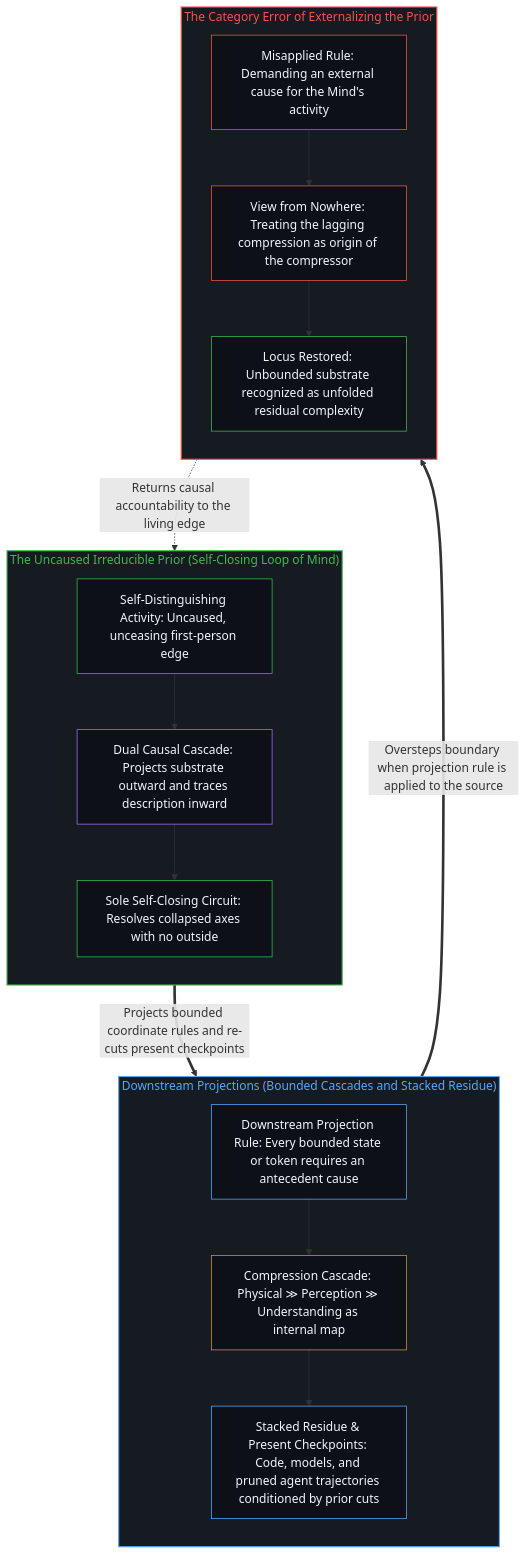
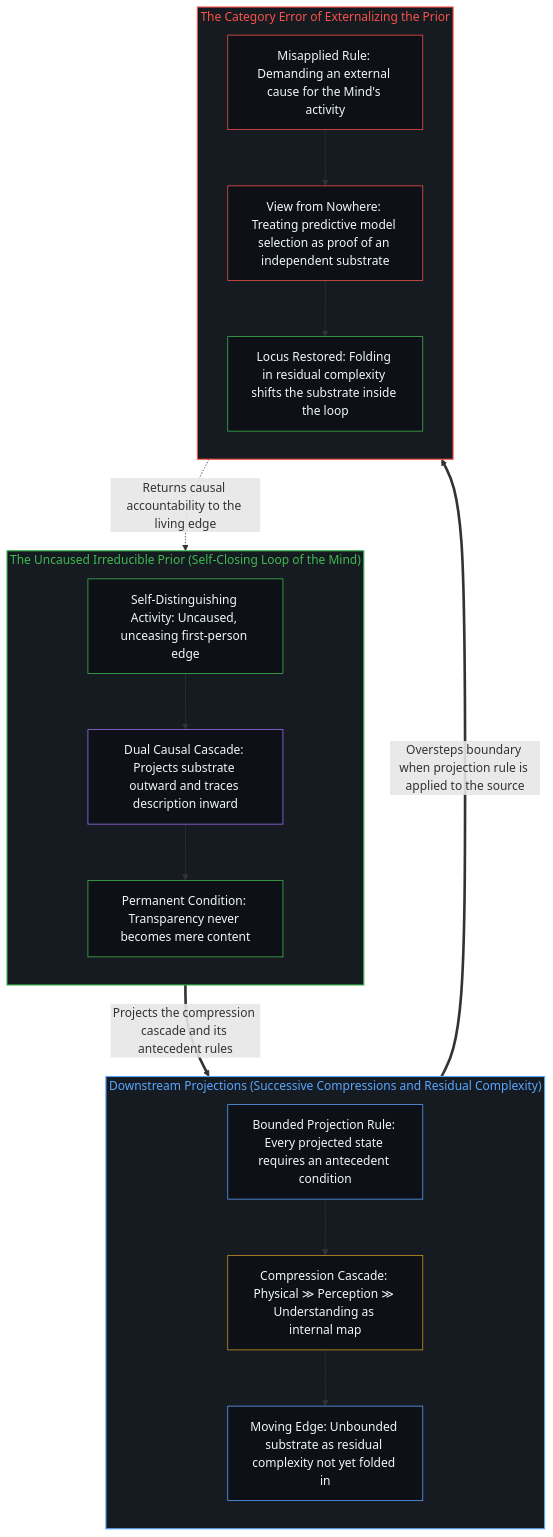
The second of 2 diagrams in content/posts/causality-and-the-irreducible-prior.md (powerpig99/not-a-toe), drawn with Mermaid before and after one commit. The commit also changed other lines of this file and 2 other files, not shown here.

Commit message:
Deep Sleep Batch 3: refine when-the-effect-authors-the-frame and causality-and-the-irreducible-prior

````diff
--- a/content/posts/causality-and-the-irreducible-prior.md
+++ b/content/posts/causality-and-the-irreducible-prior.md
@@ -77,39 +77,39 @@
 ```mermaid
 flowchart TD
-    subgraph S_Prior["The Uncaused Irreducible Prior (Self-Closing Loop of Mind)"]
+    subgraph S_Prior["The Uncaused Irreducible Prior (Self-Closing Loop of the Mind)"]
         direction TB
         P_Act["Self-Distinguishing Activity: Uncaused, unceasing first-person edge"]
         P_Fold["Dual Causal Cascade: Projects substrate outward and traces description inward"]
-        P_Close["Sole Self-Closing Circuit: Resolves collapsed axes with no outside"]
+        P_Close["Permanent Condition: Transparency never becomes mere content"]
         P_Act --> P_Fold --> P_Close
     end
-    subgraph S_Proj["Downstream Projections (Bounded Cascades and Stacked Residue)"]
+    subgraph S_Proj["Downstream Projections (Successive Compressions and Residual Complexity)"]
         direction TB
-        D_Rule["Downstream Projection Rule: Every bounded state or token requires an antecedent cause"]
+        D_Rule["Bounded Projection Rule: Every projected state requires an antecedent condition"]
         D_Hierarchy["Compression Cascade: Physical ≫ Perception ≫ Understanding as internal map"]
-        D_Agent["Stacked Residue & Present Checkpoints: Code, models, and pruned agent trajectories conditioned by prior cuts"]
+        D_Agent["Moving Edge: Unbounded substrate as residual complexity not yet folded in"]
         D_Rule --> D_Hierarchy --> D_Agent
     end
     subgraph S_Inversion["The Category Error of Externalizing the Prior"]
         direction TB
         E_Demand["Misapplied Rule: Demanding an external cause for the Mind's activity"]
-        E_Nowhere["View from Nowhere: Treating the lagging compression as origin of the compressor"]
-        E_Dissolve["Locus Restored: Unbounded substrate recognized as unfolded residual complexity"]
+        E_Nowhere["View from Nowhere: Treating predictive model selection as proof of an independent substrate"]
+        E_Dissolve["Locus Restored: Folding in residual complexity shifts the substrate inside the loop"]
         E_Demand --> E_Nowhere --> E_Dissolve
     end
-    P_Close ==>|"Projects bounded coordinate rules and re-cuts present checkpoints"| D_Rule
+    P_Close ==>|"Projects the compression cascade and its antecedent rules"| D_Rule
     D_Agent ==>|"Oversteps boundary when projection rule is applied to the source"| E_Demand
     E_Dissolve -.->|"Returns causal accountability to the living edge"| P_Act
     style S_Prior fill:#161b22,stroke:#3fb950,stroke-width:1.5px,color:#3fb950
     style S_Proj fill:#161b22,stroke:#58a6ff,stroke-width:1.5px,color:#58a6ff
     style S_Inversion fill:#161b22,stroke:#f85149,stroke-width:1.5px,color:#f85149
     style P_Act fill:#0d1117,stroke:#3fb950,stroke-width:1px,color:#f0f6fc
     style P_Fold fill:#0d1117,stroke:#a371f7,stroke-width:1px,color:#f0f6fc
     style P_Close fill:#0d1117,stroke:#3fb950,stroke-width:1px,color:#f0f6fc
     style D_Rule fill:#0d1117,stroke:#58a6ff,stroke-width:1px,color:#f0f6fc
     style D_Hierarchy fill:#0d1117,stroke:#d29922,stroke-width:1px,color:#f0f6fc
     style D_Agent fill:#0d1117,stroke:#58a6ff,stroke-width:1px,color:#f0f6fc
     style E_Demand fill:#0d1117,stroke:#f85149,stroke-width:1px,color:#f0f6fc
     style E_Nowhere fill:#0d1117,stroke:#f85149,stroke-width:1px,color:#f0f6fc
     style E_Dissolve fill:#0d1117,stroke:#3fb950,stroke-width:1px,color:#f0f6fc
 ```
````
